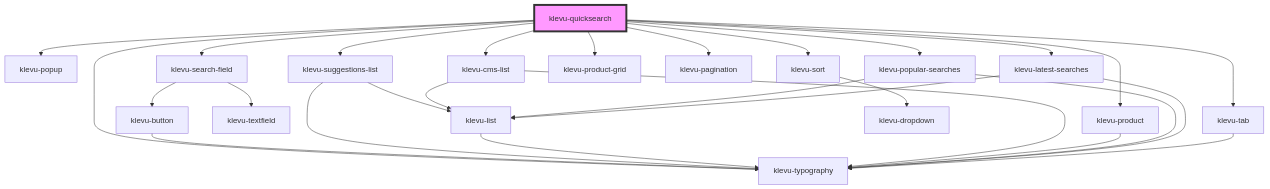
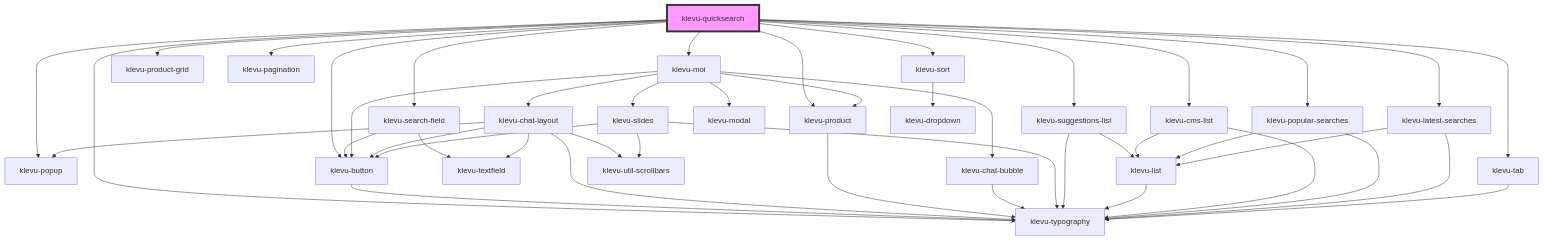
The diagram in packages/klevu-ui/src/components/klevu-quicksearch/readme.md (klevultd/frontend-sdk), drawn with Mermaid before and after one commit. The commit also changed other lines of this file and 21 other files, not shown here.

Commit message:
Add modal component, add moi to quicksearch

````diff
--- a/packages/klevu-ui/src/components/klevu-quicksearch/readme.md
+++ b/packages/klevu-ui/src/components/klevu-quicksearch/readme.md
@@ -52,31 +54,48 @@
 ```mermaid
 graph TD;
   klevu-quicksearch --> klevu-popup
   klevu-quicksearch --> klevu-search-field
+  klevu-quicksearch --> klevu-moi
   klevu-quicksearch --> klevu-suggestions-list
   klevu-quicksearch --> klevu-cms-list
   klevu-quicksearch --> klevu-typography
   klevu-quicksearch --> klevu-sort
   klevu-quicksearch --> klevu-product-grid
   klevu-quicksearch --> klevu-product
   klevu-quicksearch --> klevu-pagination
+  klevu-quicksearch --> klevu-button
   klevu-quicksearch --> klevu-popular-searches
   klevu-quicksearch --> klevu-latest-searches
   klevu-quicksearch --> klevu-tab
   klevu-search-field --> klevu-textfield
   klevu-search-field --> klevu-button
   klevu-button --> klevu-typography
+  klevu-moi --> klevu-chat-layout
+  klevu-moi --> klevu-button
+  klevu-moi --> klevu-modal
+  klevu-moi --> klevu-product
+  klevu-moi --> klevu-chat-bubble
+  klevu-moi --> klevu-slides
+  klevu-chat-layout --> klevu-typography
+  klevu-chat-layout --> klevu-button
+  klevu-chat-layout --> klevu-util-scrollbars
+  klevu-chat-layout --> klevu-popup
+  klevu-chat-layout --> klevu-textfield
+  klevu-product --> klevu-typography
+  klevu-chat-bubble --> klevu-typography
+  klevu-slides --> klevu-typography
+  klevu-slides --> klevu-button
+  klevu-slides --> klevu-util-scrollbars
   klevu-suggestions-list --> klevu-typography
   klevu-suggestions-list --> klevu-list
   klevu-list --> klevu-typography
   klevu-cms-list --> klevu-typography
   klevu-cms-list --> klevu-list
   klevu-sort --> klevu-dropdown
-  klevu-product --> klevu-typography
   klevu-popular-searches --> klevu-typography
   klevu-popular-searches --> klevu-list
   klevu-latest-searches --> klevu-typography
   klevu-latest-searches --> klevu-list
   klevu-tab --> klevu-typography
   style klevu-quicksearch fill:#f9f,stroke:#333,stroke-width:4px
 ```
````
